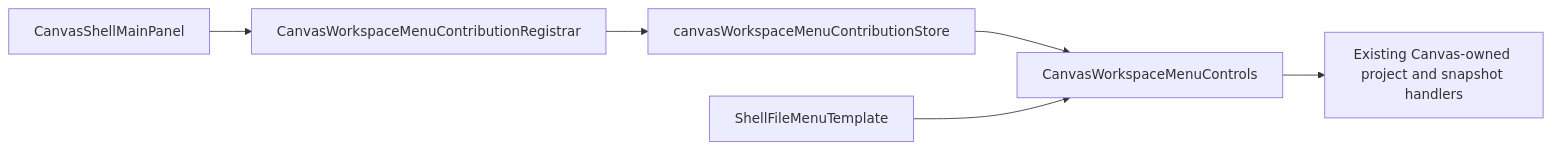
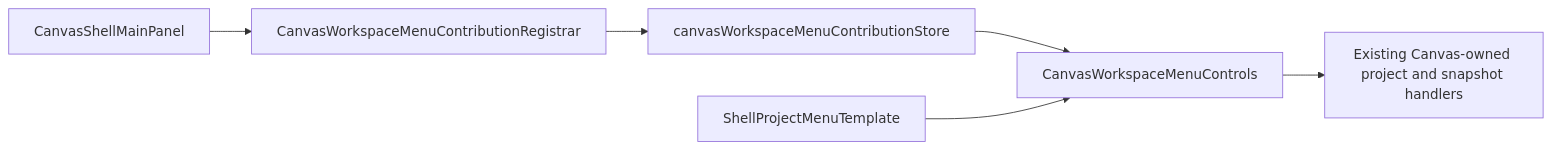
Diagram 33 of 34 in docs/architecture/components/web/appshell/app-shell.md (dunay2/dvt), drawn with Mermaid before and after one commit. The commit also changed other lines of this file and 58 other files, not shown here.

````diff
--- a/docs/architecture/components/web/appshell/app-shell.md
+++ b/docs/architecture/components/web/appshell/app-shell.md
@@ -1575,8 +1573,8 @@
 ```mermaid
 flowchart LR
   Panel[CanvasShellMainPanel] --> Registrar[CanvasWorkspaceMenuContributionRegistrar]
   Registrar --> Store[canvasWorkspaceMenuContributionStore]
   Store --> Controls[CanvasWorkspaceMenuControls]
-  File[ShellFileMenuTemplate] --> Controls
+  Project[ShellProjectMenuTemplate] --> Controls
   Controls --> Handlers[Existing Canvas-owned project and snapshot handlers]
 ```
````
